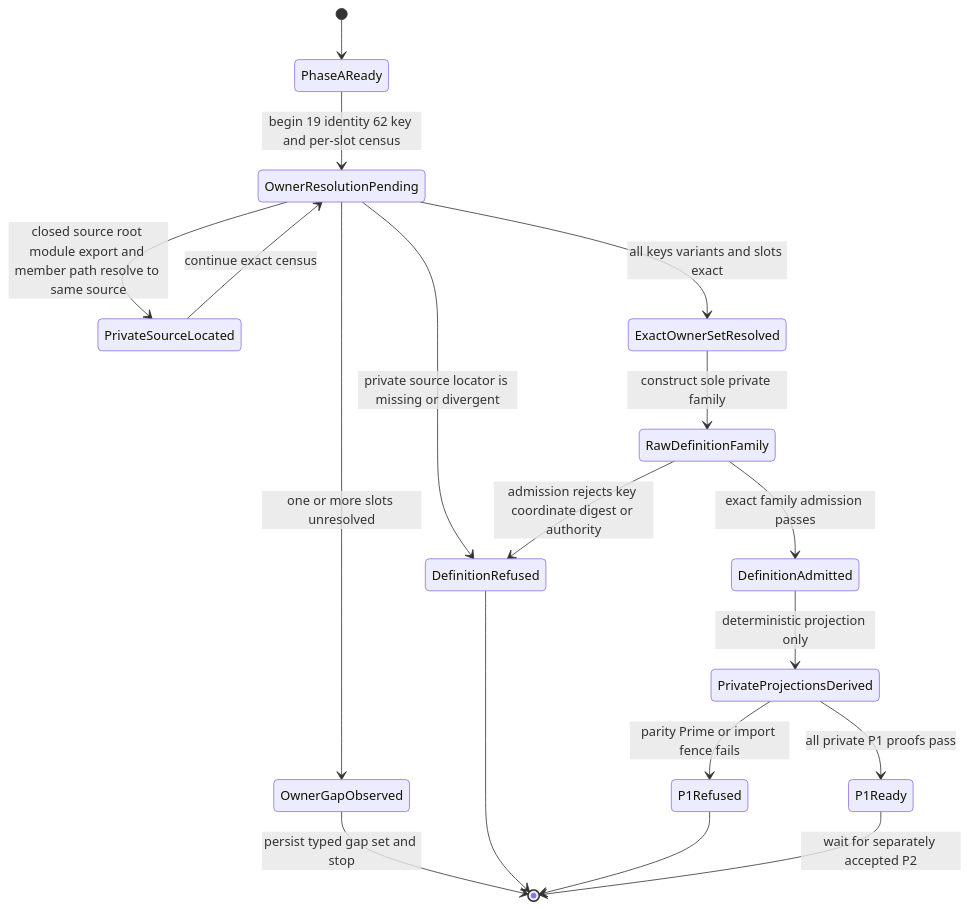
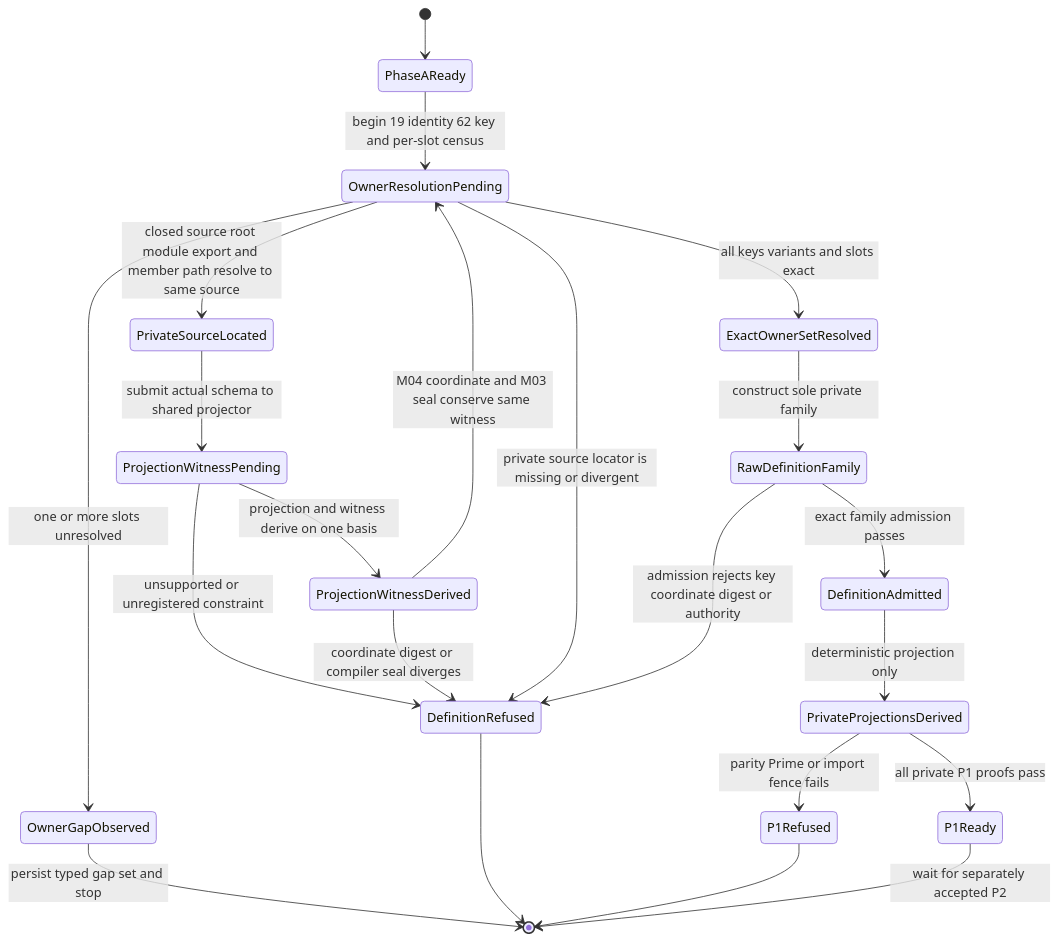
Before and after one commit to foolishimp/abiogenesis: the third of 3 diagrams in build_tenants/abiogenesis/typescript/design/M04_PUBLIC_OPERATION_DEFINITION_FAMILY_BEHAVIOR_DESIGN.md, drawn with Mermaid. The commit also changed other lines of this file and 12 other files, not shown here.

Commit message:
feat(t274): derive native schema projection witnesses

````diff
--- a/build_tenants/abiogenesis/typescript/design/M04_PUBLIC_OPERATION_DEFINITION_FAMILY_BEHAVIOR_DESIGN.md
+++ b/build_tenants/abiogenesis/typescript/design/M04_PUBLIC_OPERATION_DEFINITION_FAMILY_BEHAVIOR_DESIGN.md
@@ -1083,20 +1151,24 @@
 ```mermaid
 stateDiagram-v2
   [*] --> PhaseAReady
   PhaseAReady --> OwnerResolutionPending: begin 19 identity 62 key and per-slot census
   OwnerResolutionPending --> PrivateSourceLocated: closed source root module export and member path resolve to same source
-  PrivateSourceLocated --> OwnerResolutionPending: continue exact census
+  PrivateSourceLocated --> ProjectionWitnessPending: submit actual schema to shared projector
+  ProjectionWitnessPending --> ProjectionWitnessDerived: projection and witness derive on one basis
+  ProjectionWitnessPending --> DefinitionRefused: unsupported or unregistered constraint
+  ProjectionWitnessDerived --> OwnerResolutionPending: M04 coordinate and M03 seal conserve same witness
+  ProjectionWitnessDerived --> DefinitionRefused: coordinate digest or compiler seal diverges
   OwnerResolutionPending --> DefinitionRefused: private source locator is missing or divergent
   OwnerResolutionPending --> OwnerGapObserved: one or more slots unresolved
   OwnerResolutionPending --> ExactOwnerSetResolved: all keys variants and slots exact
   ExactOwnerSetResolved --> RawDefinitionFamily: construct sole private family
   RawDefinitionFamily --> DefinitionRefused: admission rejects key coordinate digest or authority
   RawDefinitionFamily --> DefinitionAdmitted: exact family admission passes
   DefinitionAdmitted --> PrivateProjectionsDerived: deterministic projection only
   PrivateProjectionsDerived --> P1Refused: parity Prime or import fence fails
   PrivateProjectionsDerived --> P1Ready: all private P1 proofs pass
   OwnerGapObserved --> [*]: persist typed gap set and stop
   DefinitionRefused --> [*]
   P1Refused --> [*]
   P1Ready --> [*]: wait for separately accepted P2
 ```
````
